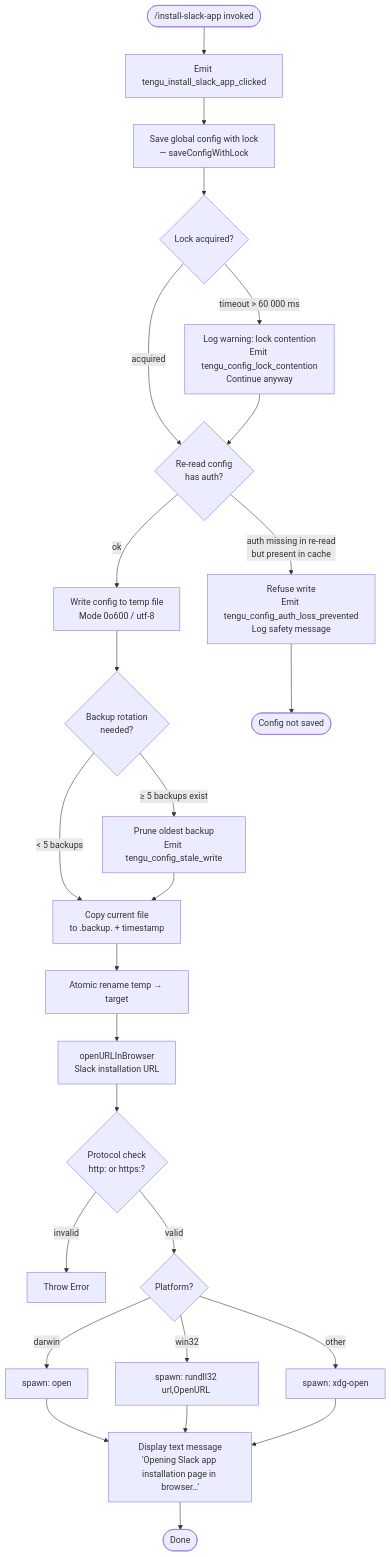
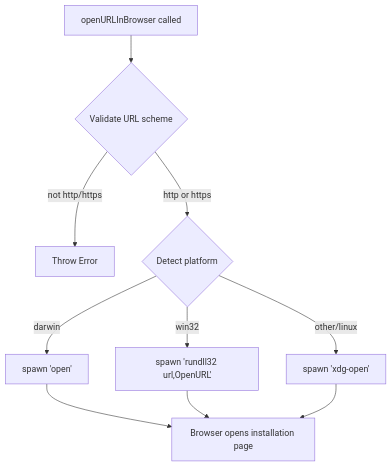
Before and after one commit to MyLittleLuckyDog/cc-gnothi: the diagram in versions/v2.1.133/install-slack-app.md, drawn with Mermaid. The commit also changed other lines of this file and 95 other files, not shown here.

````diff
--- a/versions/v2.1.133/install-slack-app.md
+++ b/versions/v2.1.133/install-slack-app.md
@@ -47,26 +153,12 @@
 ```mermaid
 flowchart TD
-    A(["/install-slack-app invoked"]) --> B[Emit tengu_install_slack_app_clicked]
-    B --> C[Save global config with lock\n— saveConfigWithLock]
-    C --> D{Lock acquired?}
-    D -- "timeout > 60 000 ms" --> E[Log warning: lock contention\nEmit tengu_config_lock_contention\nContinue anyway]
-    D -- acquired --> F{Re-read config\nhas auth?}
-    E --> F
-    F -- "auth missing in re-read\nbut present in cache" --> G[Refuse write\nEmit tengu_config_auth_loss_prevented\nLog safety message]
-    F -- ok --> H[Write config to temp file\nMode 0o600 / utf-8]
-    H --> I{Backup rotation\nneeded?}
-    I -- "≥ 5 backups exist" --> J[Prune oldest backup\nEmit tengu_config_stale_write]
-    I -- "< 5 backups" --> K[Copy current file\nto .backup. + timestamp]
-    J --> K
-    K --> L[Atomic rename temp → target]
-    G --> M([Config not saved])
-    L --> N[openURLInBrowser\nSlack installation URL]
-    N --> O{Protocol check\nhttp: or https:?}
-    O -- invalid --> P[Throw Error]
-    O -- valid --> Q{Platform?}
-    Q -- darwin --> R["spawn: open <url>"]
-    Q -- win32 --> S["spawn: rundll32 url,OpenURL <url>"]
-    Q -- other --> T["spawn: xdg-open <url>"]
-    R & S & T --> U[Display text message\n'Opening Slack app installation page in browser…']
-    U --> V([Done])
+    A[openURLInBrowser called] --> B{Validate URL scheme}
+    B -- "not http/https" --> C[Throw Error]
+    B -- "http or https" --> D{Detect platform}
+    D -- "darwin" --> E["spawn 'open'"]
+    D -- "win32" --> F["spawn 'rundll32 url,OpenURL'"]
+    D -- "other/linux" --> G["spawn 'xdg-open'"]
+    E --> H[Browser opens installation page]
+    F --> H
+    G --> H
 ```
````
